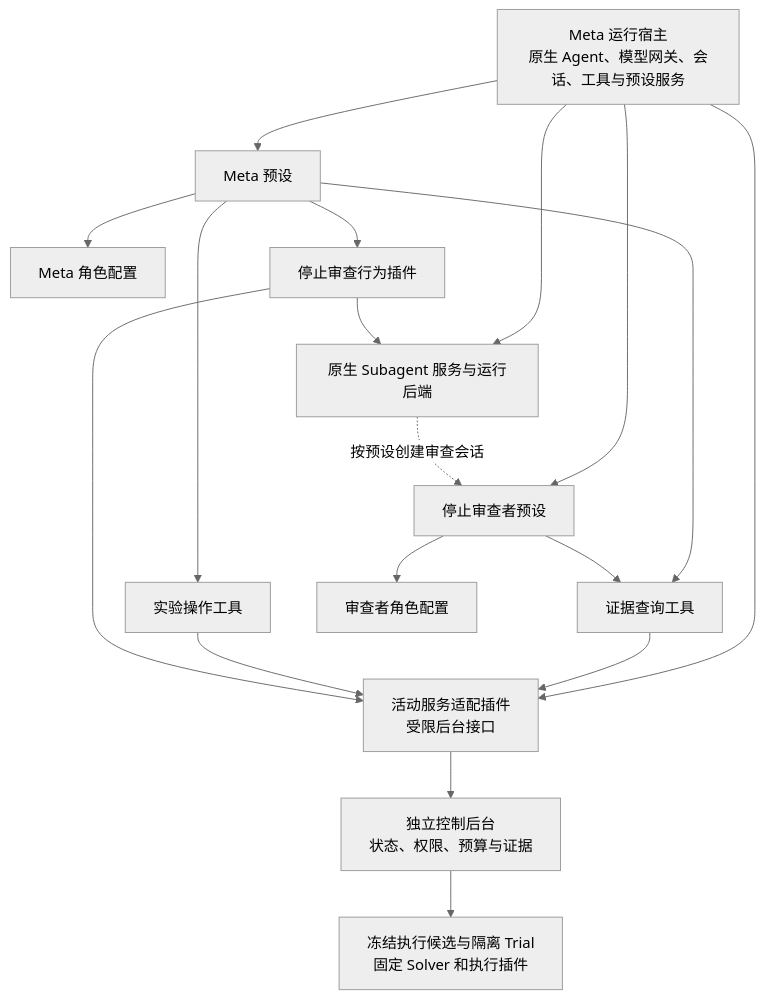
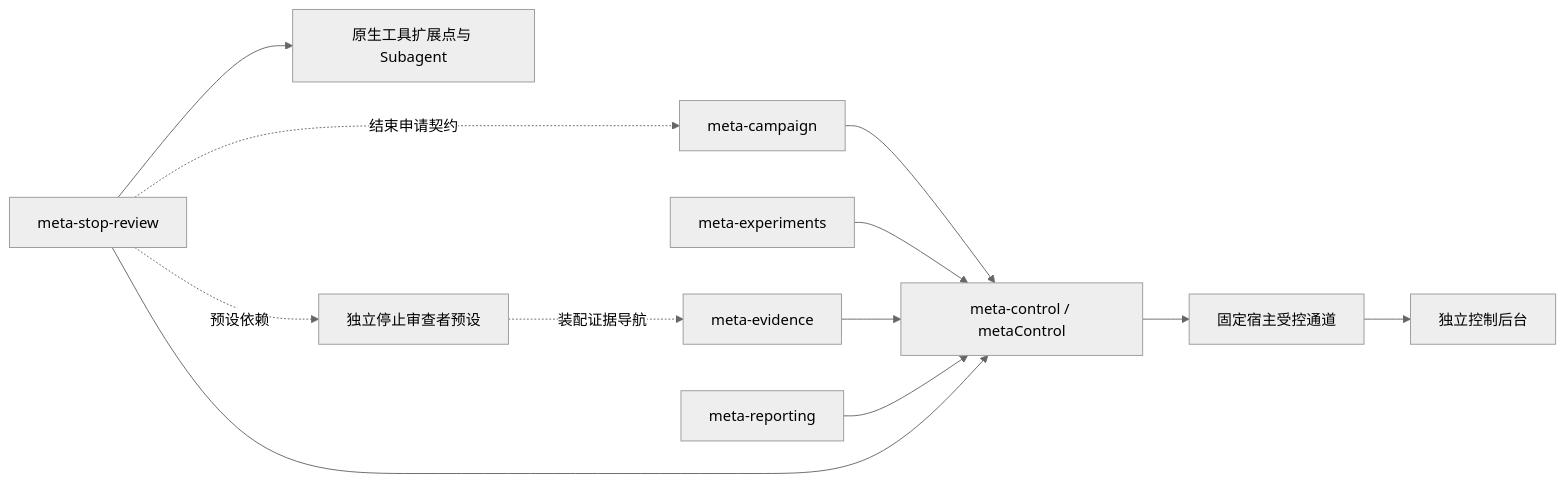
The diagram in docs/design/meta-harness-composition.md (rainshed/PhyExpHarness), drawn with Mermaid (neutral theme) before and after one commit. The commit also changed other lines of this file and 6 other files, not shown here.

````diff
--- a/docs/design/meta-harness-composition.md
+++ b/docs/design/meta-harness-composition.md
@@ -65,21 +90,14 @@
 ```mermaid
-flowchart TB
-  H["Meta 运行宿主<br/>原生 Agent、模型网关、会话、工具与预设服务"]
-  H --> P["活动服务适配插件<br/>受限后台接口"]
-  H --> S["原生 Subagent 服务与运行后端"]
-  H --> M[Meta 预设]
-  H --> R[停止审查者预设]
-  M --> MP[Meta 角色配置]
-  M --> Q[证据查询工具]
-  M --> A[实验操作工具]
-  M --> V[停止审查行为插件]
-  R --> RP[审查者角色配置]
-  R --> Q
-  Q --> P
-  A --> P
-  V --> P
-  V --> S
-  S -. 按预设创建审查会话 .-> R
-  P --> C["独立控制后台<br/>状态、权限、预算与证据"]
-  C --> X["冻结执行候选与隔离 Trial<br/>固定 Solver 和执行插件"]
+flowchart LR
+  C[meta-campaign] --> S[meta-control / metaControl]
+  X[meta-experiments] --> S
+  E[meta-evidence] --> S
+  R[meta-reporting] --> S
+  V[meta-stop-review] --> S
+  S --> H[固定宿主受控通道]
+  H --> B[独立控制后台]
+  V --> N[原生工具扩展点与 Subagent]
+  V -. 结束申请契约 .-> C
+  V -. 预设依赖 .-> P[独立停止审查者预设]
+  P -. 装配证据导航 .-> E
 ```
````
